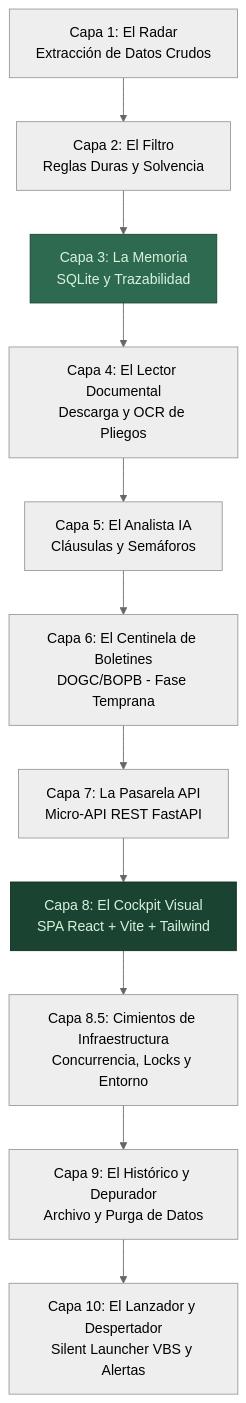
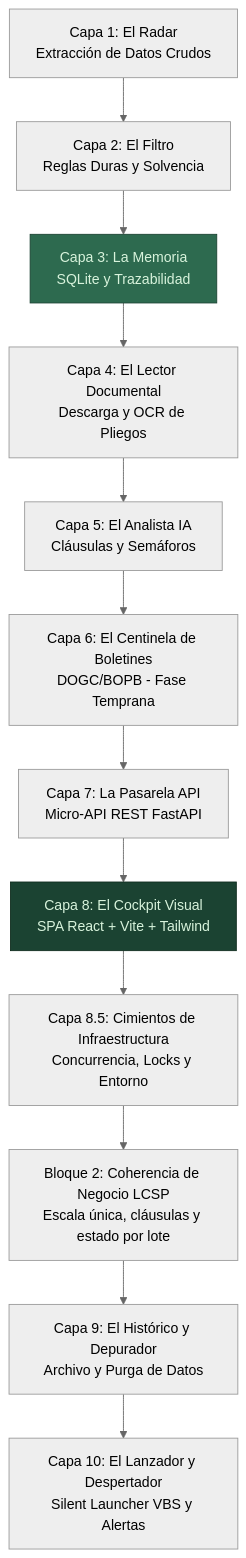
Before and after one commit to DonBorgiFR/licit-accion: the first of 4 diagrams in README.md, drawn with Mermaid (neutral theme). The commit also changed other lines of this file and 2 other files, not shown here.

````diff
--- a/README.md
+++ b/README.md
@@ -202,16 +210,17 @@
 ```mermaid
 graph TD
     C1[Capa 1: El Radar<br/>Extracción de Datos Crudos] --> C2[Capa 2: El Filtro<br/>Reglas Duras y Solvencia]
     C2 --> C3[Capa 3: La Memoria<br/>SQLite y Trazabilidad]
     C3 --> C4[Capa 4: El Lector Documental<br/>Descarga y OCR de Pliegos]
     C4 --> C5[Capa 5: El Analista IA<br/>Cláusulas y Semáforos]
     C5 --> C6[Capa 6: El Centinela de Boletines<br/>DOGC/BOPB - Fase Temprana]
     C6 --> C7[Capa 7: La Pasarela API<br/>Micro-API REST FastAPI]
     C7 --> C8[Capa 8: El Cockpit Visual<br/>SPA React + Vite + Tailwind]
     C8 --> C85[Capa 8.5: Cimientos de Infraestructura<br/>Concurrencia, Locks y Entorno]
-    C85 --> C9[Capa 9: El Histórico y Depurador<br/>Archivo y Purga de Datos]
+    C85 --> B2[Bloque 2: Coherencia de Negocio LCSP<br/>Escala única, cláusulas y estado por lote]
+    B2 --> C9[Capa 9: El Histórico y Depurador<br/>Archivo y Purga de Datos]
     C9 --> C10[Capa 10: El Lanzador y Despertador<br/>Silent Launcher VBS y Alertas]
 
     style C3 fill:#2d6a4f,stroke:#1b4332,color:#d8f3dc
     style C8 fill:#1b4332,stroke:#0f2c1e,color:#d8f3dc
 ```
````
